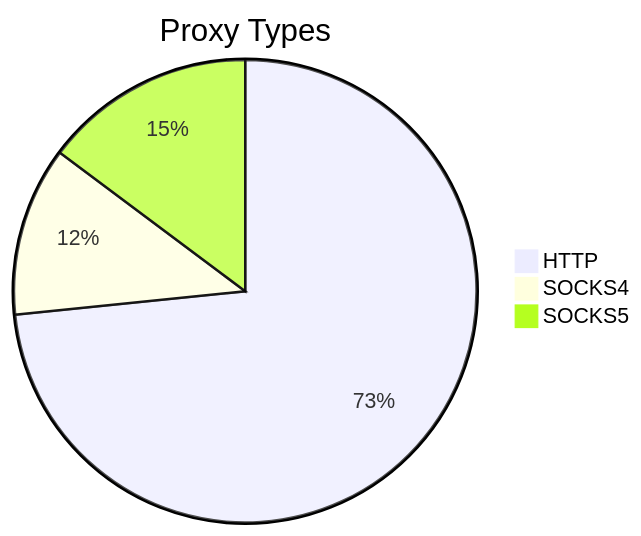
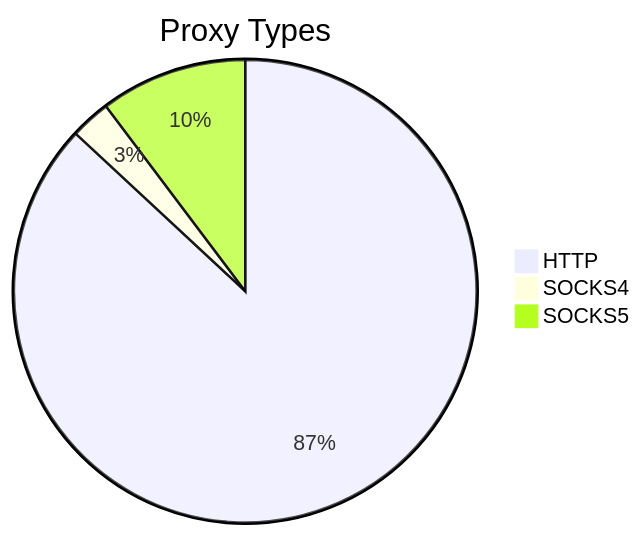
One commit to stormsia/proxy-list changed the first of 2 diagrams in README.md. Above: the diagram before and after it, drawn with Mermaid. The commit also changed other lines of this file, not shown here.

````diff
--- a/README.md
+++ b/README.md
@@ -21,6 +21,6 @@
 ```mermaid
 pie title Proxy Types
-    "HTTP" : 794
-    "SOCKS4" : 128
-    "SOCKS5" : 160
+    "HTTP" : 804
+    "SOCKS4" : 26
+    "SOCKS5" : 95
 ```
````
